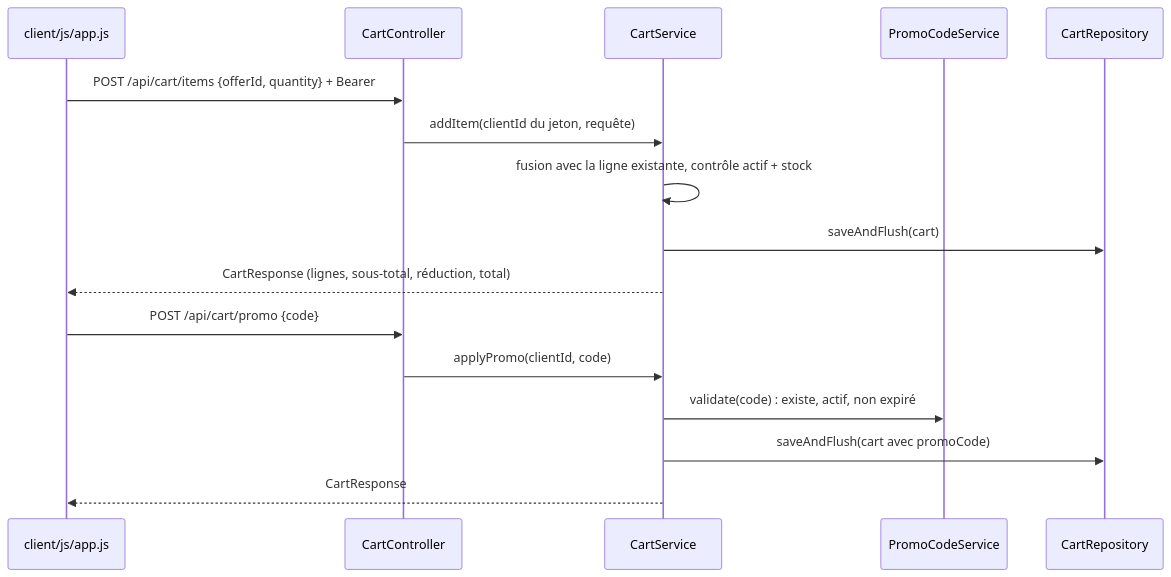
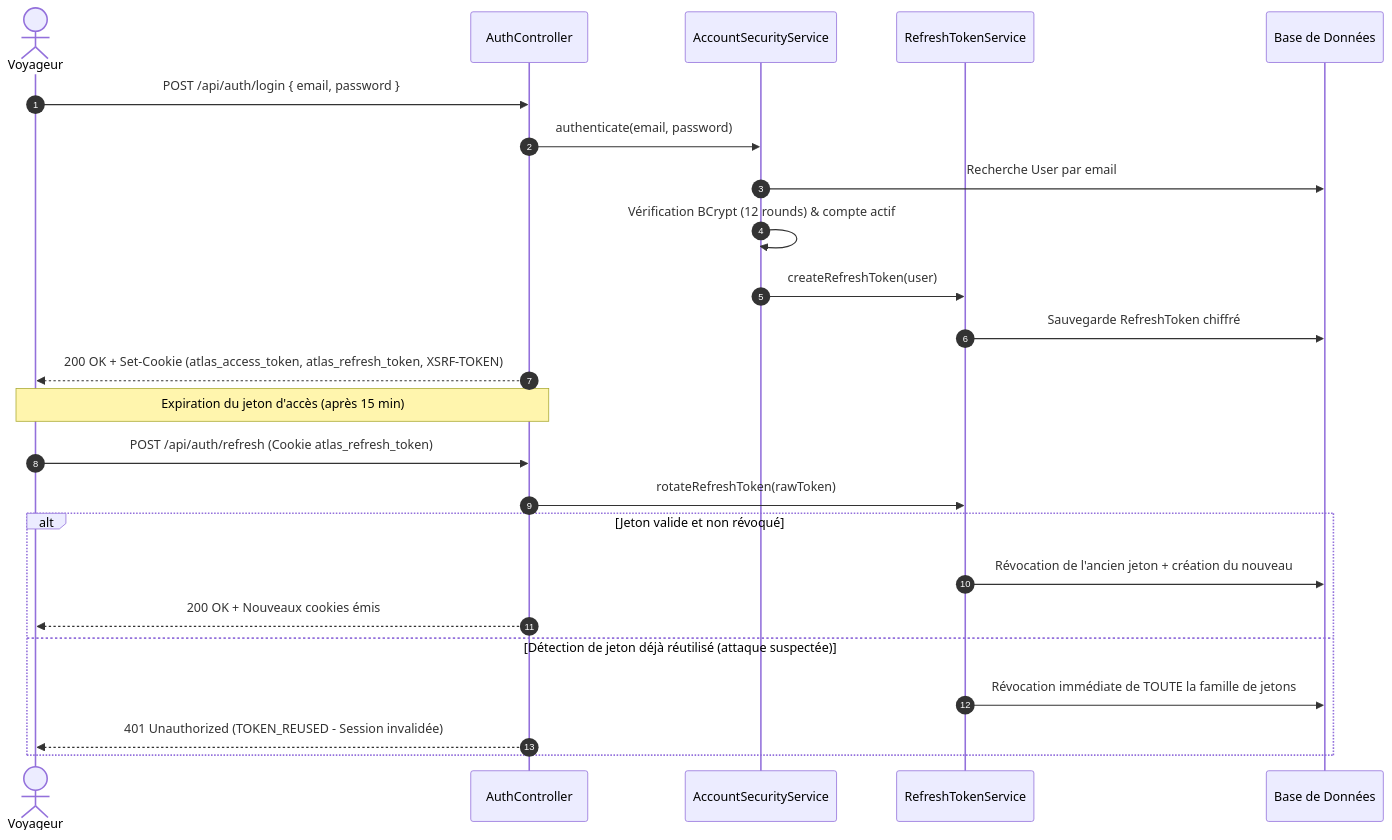
One commit to achrafes20/travel-agency-app changed the fifth of 12 diagrams in docs/architecture.md. Above: the diagram before and after it, drawn with Mermaid. The commit also changed other lines of this file and 911 other files, not shown here.

````diff
--- a/docs/architecture.md
+++ b/docs/architecture.md
@@ -242,19 +901,28 @@
 ```mermaid
 sequenceDiagram
-    participant F as client/js/app.js
-    participant C as CartController
-    participant S as CartService
-    participant P as PromoCodeService
-    participant R as CartRepository
+    autonumber
+    actor User as Voyageur
+    participant API as AuthController
+    participant Sec as AccountSecurityService
+    participant TokenSvc as RefreshTokenService
+    participant DB as Base de Données
 
-    F->>C: POST /api/cart/items {offerId, quantity} + Bearer
-    C->>S: addItem(clientId du jeton, requête)
-    S->>S: fusion avec la ligne existante, contrôle actif + stock
-    S->>R: saveAndFlush(cart)
-    S-->>F: CartResponse (lignes, sous-total, réduction, total)
-    F->>C: POST /api/cart/promo {code}
-    C->>S: applyPromo(clientId, code)
-    S->>P: validate(code) : existe, actif, non expiré
-    S->>R: saveAndFlush(cart avec promoCode)
-    S-->>F: CartResponse
+    User->>API: POST /api/auth/login { email, password }
+    API->>Sec: authenticate(email, password)
+    Sec->>DB: Recherche User par email
+    Sec->>Sec: Vérification BCrypt (12 rounds) & compte actif
+    Sec->>TokenSvc: createRefreshToken(user)
+    TokenSvc->>DB: Sauvegarde RefreshToken chiffré
+    API-->>User: 200 OK + Set-Cookie (atlas_access_token, atlas_refresh_token, XSRF-TOKEN)
+
+    Note over User,API: Expiration du jeton d'accès (après 15 min)
+    User->>API: POST /api/auth/refresh (Cookie atlas_refresh_token)
+    API->>TokenSvc: rotateRefreshToken(rawToken)
+    alt Jeton valide et non révoqué
+        TokenSvc->>DB: Révocation de l'ancien jeton + création du nouveau
+        API-->>User: 200 OK + Nouveaux cookies émis
+    else Détection de jeton déjà réutilisé (attaque suspectée)
+        TokenSvc->>DB: Révocation immédiate de TOUTE la famille de jetons
+        API-->>User: 401 Unauthorized (TOKEN_REUSED - Session invalidée)
+    end
 ```
````
